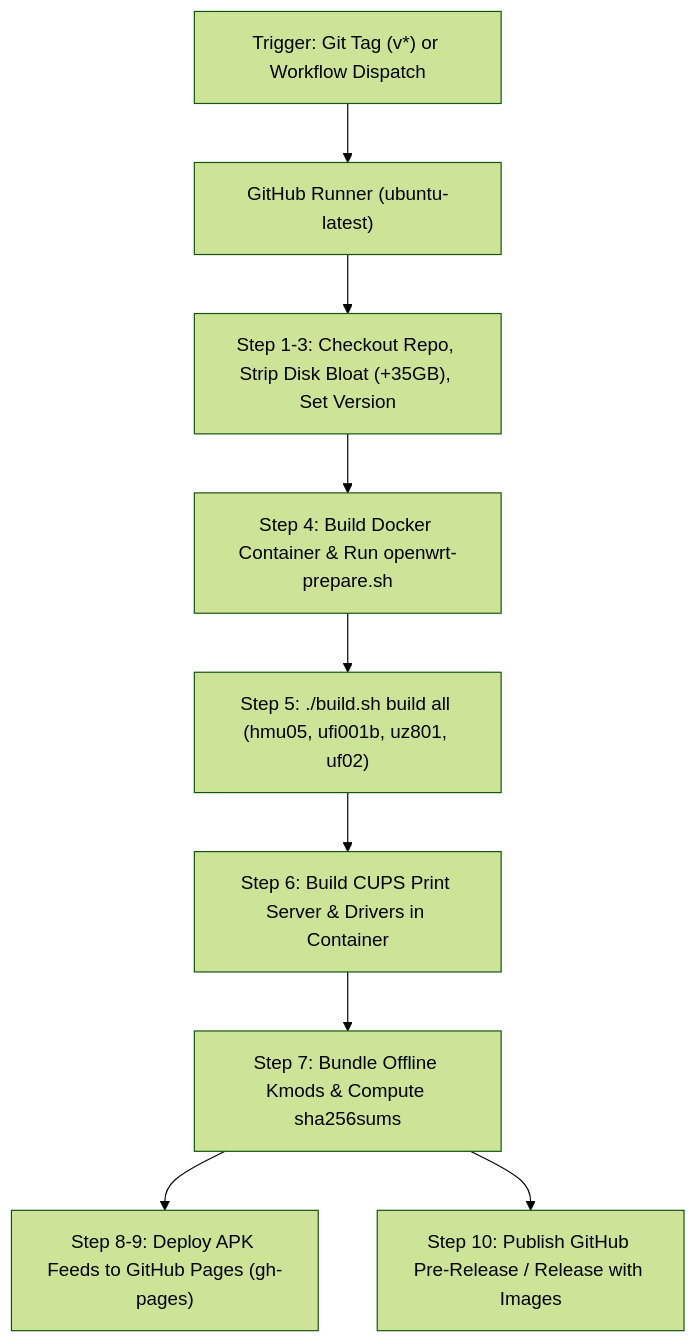
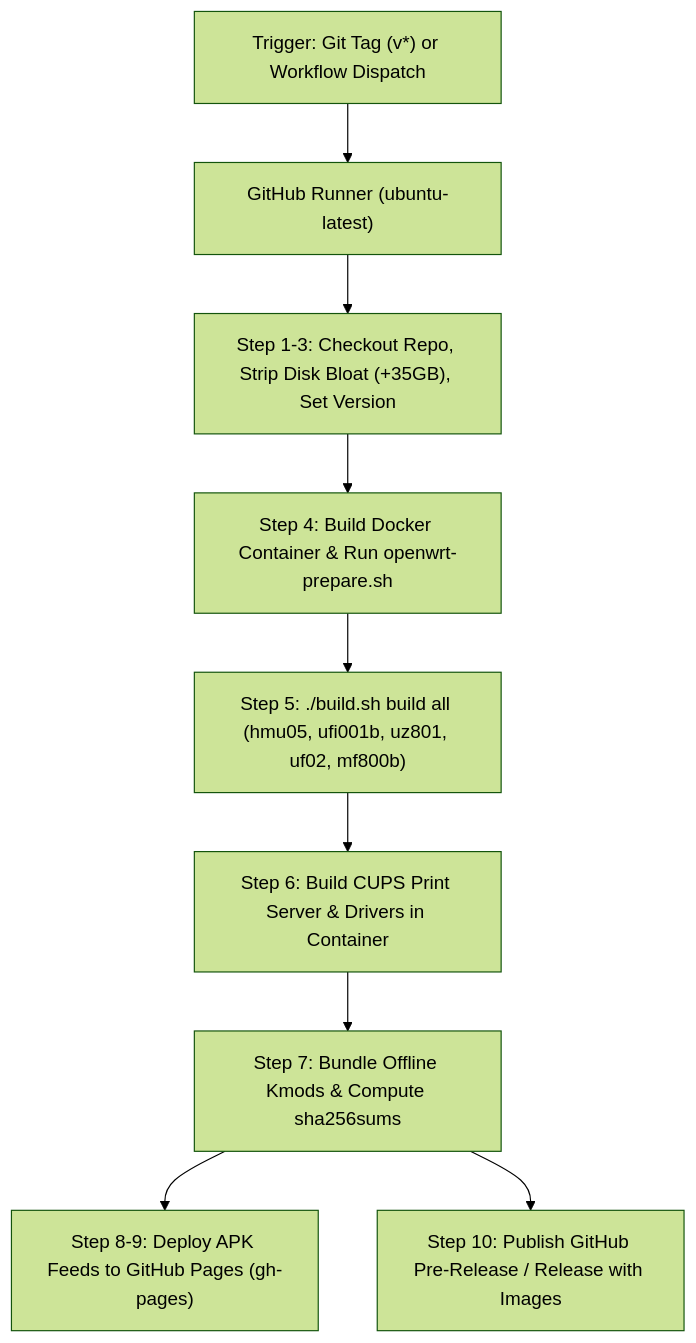
One commit to akbar-npj/msm8916-openwrt changed the diagram in Docs/Github Actions/README.md. Above: the diagram before and after it, drawn with Mermaid (forest theme). The commit also changed other lines of this file and 21 other files, not shown here.

````diff
--- a/Docs/Github Actions/README.md
+++ b/Docs/Github Actions/README.md
@@ -11,11 +11,11 @@
 ```mermaid
 graph TD
     A["Trigger: Git Tag (v*) or Workflow Dispatch"] --> B["GitHub Runner (ubuntu-latest)"]
     B --> C["Step 1-3: Checkout Repo, Strip Disk Bloat (+35GB), Set Version"]
     C --> D["Step 4: Build Docker Container & Run openwrt-prepare.sh"]
-    D --> E["Step 5: ./build.sh build all (hmu05, ufi001b, uz801, uf02)"]
+    D --> E["Step 5: ./build.sh build all (hmu05, ufi001b, uz801, uf02, mf800b)"]
     E --> F["Step 6: Build CUPS Print Server & Drivers in Container"]
     F --> G["Step 7: Bundle Offline Kmods & Compute sha256sums"]
     G --> H["Step 8-9: Deploy APK Feeds to GitHub Pages (gh-pages)"]
     G --> I["Step 10: Publish GitHub Pre-Release / Release with Images"]
 ```
````
